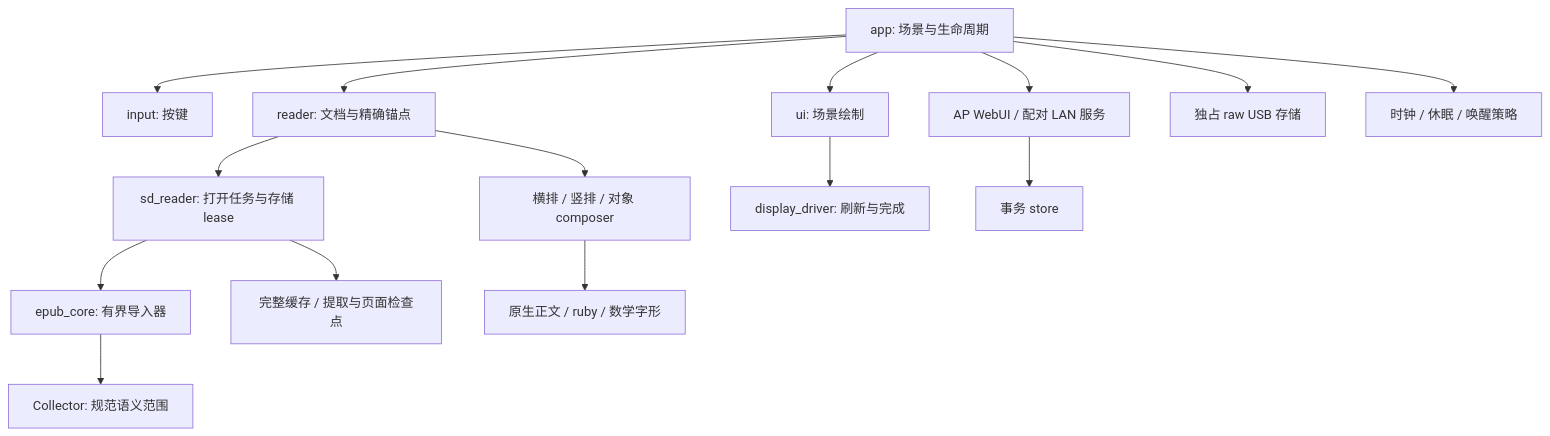
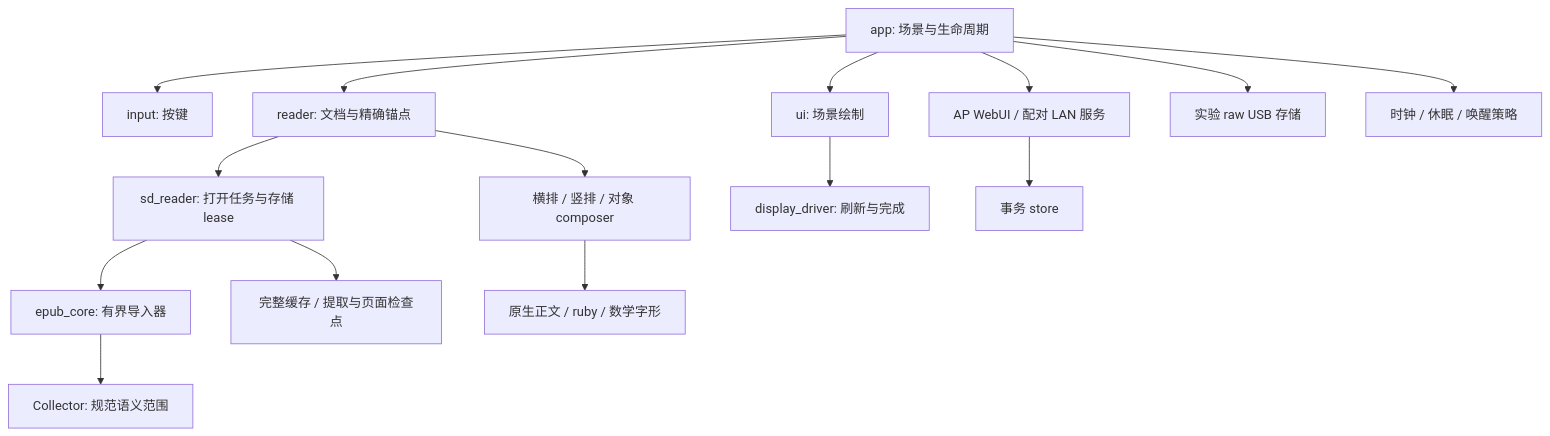
The diagram in docs/architecture-and-implementation.zh-CN.md (nenipresotReta/paperdiy-reader), drawn with Mermaid before and after one commit. The commit also changed other lines of this file and 19 other files, not shown here.

````diff
--- a/docs/architecture-and-implementation.zh-CN.md
+++ b/docs/architecture-and-implementation.zh-CN.md
@@ -13,17 +13,17 @@
 ```mermaid
 flowchart TD
     App[app: 场景与生命周期] --> Input[input: 按键]
     App --> Reader[reader: 文档与精确锚点]
     App --> UI[ui: 场景绘制]
     UI --> Display[display_driver: 刷新与完成]
     Reader --> Open[sd_reader: 打开任务与存储 lease]
     Open --> Import[epub_core: 有界导入器]
     Import --> Structure[Collector: 规范语义范围]
     Reader --> Layout[横排 / 竖排 / 对象 composer]
     Layout --> Fonts[原生正文 / ruby / 数学字形]
     Open --> Cache[完整缓存 / 提取与页面检查点]
     App --> Network[AP WebUI / 配对 LAN 服务]
     Network --> Delivery[事务 store]
-    App --> USB[独占 raw USB 存储]
+    App --> USB[实验 raw USB 存储]
     App --> Power[时钟 / 休眠 / 唤醒策略]
 ```
````
